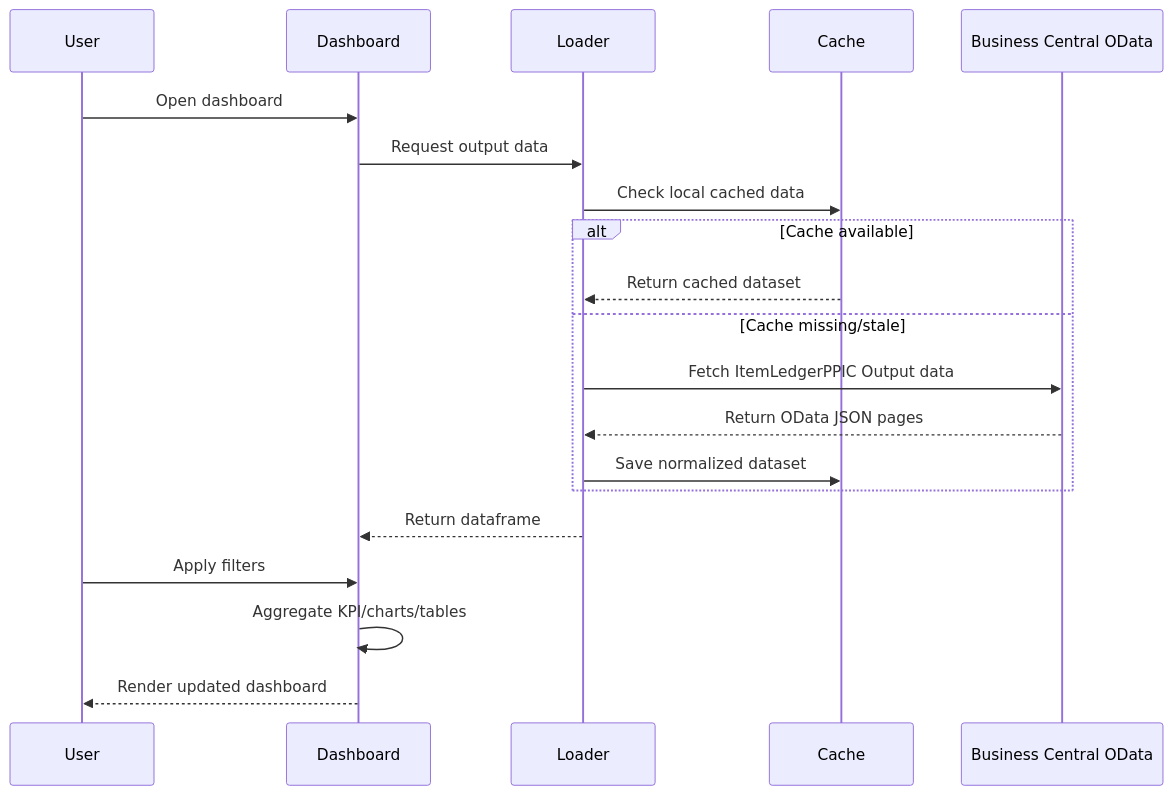
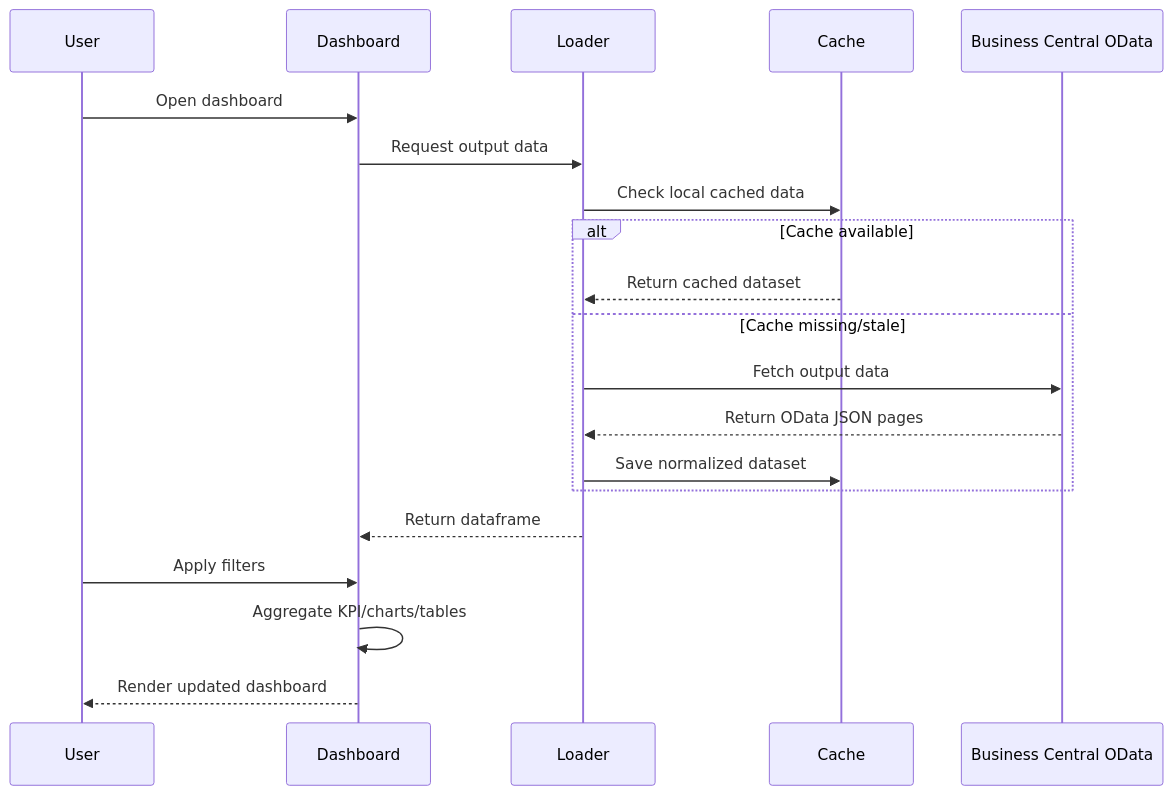
One commit to harveymomo92-pixel/ppic-output-dashboard changed the diagram in docs/PRD.md. Above: the diagram before and after it, drawn with Mermaid. The commit also changed other lines of this file and 16 other files, not shown here.

````diff
--- a/docs/PRD.md
+++ b/docs/PRD.md
@@ -154,23 +154,23 @@
 ```mermaid
 sequenceDiagram
     participant User
     participant Dashboard
     participant Loader
     participant Cache
     participant OData as Business Central OData
 
     User->>Dashboard: Open dashboard
     Dashboard->>Loader: Request output data
     Loader->>Cache: Check local cached data
     alt Cache available
         Cache-->>Loader: Return cached dataset
     else Cache missing/stale
-        Loader->>OData: Fetch ItemLedgerPPIC Output data
+        Loader->>OData: Fetch output data
         OData-->>Loader: Return OData JSON pages
         Loader->>Cache: Save normalized dataset
     end
     Loader-->>Dashboard: Return dataframe
     User->>Dashboard: Apply filters
     Dashboard->>Dashboard: Aggregate KPI/charts/tables
     Dashboard-->>User: Render updated dashboard
 ```
````
